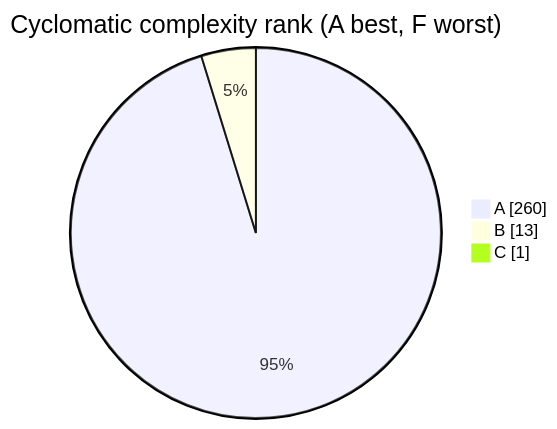
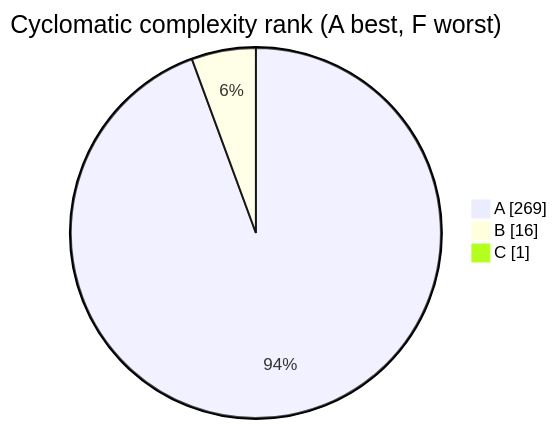
One commit to Kgotso-Koete/fastapi-clean-example changed the diagram in docs/wiki/generated/complexity.md. Above: the diagram before and after it, drawn with Mermaid. The commit also changed other lines of this file and 31 other files, not shown here.

````diff
--- a/docs/wiki/generated/complexity.md
+++ b/docs/wiki/generated/complexity.md
@@ -27,8 +27,8 @@
     ```mermaid
     %%{init: {"theme": "default", "themeVariables": {"fontSize": "14px"}, "flowchart": {"nodeSpacing": 20, "rankSpacing": 16, "padding": 10, "subGraphTitleMargin": {"top": 5, "bottom": 12}, "useMaxWidth": false}}}%%
     pie showData
         title Cyclomatic complexity rank (A best, F worst)
-        "A" : 260
-        "B" : 13
+        "A" : 269
+        "B" : 16
         "C" : 1
     ```
````
